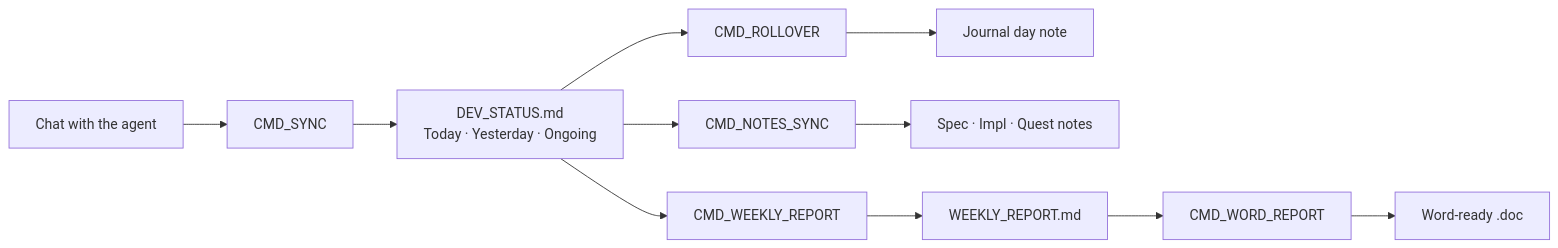
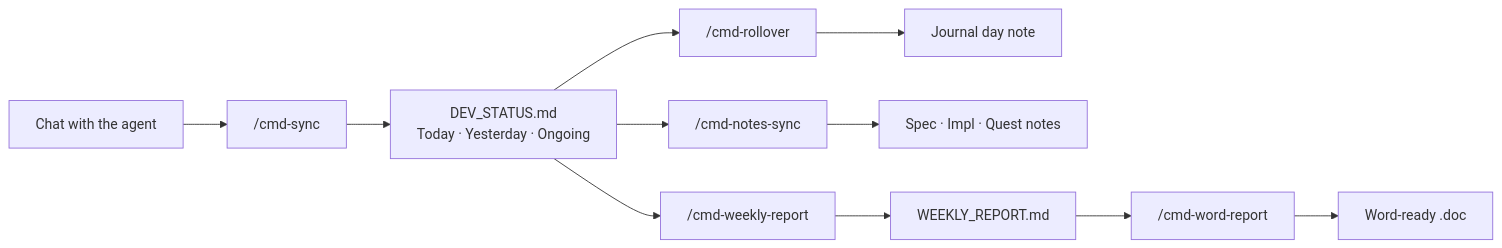
The second of 6 diagrams in README.md (zelvet-velvet/agent-worklog-vault), drawn with Mermaid before and after one commit. The commit also changed other lines of this file and 16 other files, not shown here.

````diff
--- a/README.md
+++ b/README.md
@@ -48,7 +48,7 @@
 ```mermaid
 flowchart LR
-    C[Chat with the agent] --> SY[CMD_SYNC] --> S["DEV_STATUS.md<br/>Today · Yesterday · Ongoing"]
-    S --> RO[CMD_ROLLOVER] --> J[Journal day note]
-    S --> NS[CMD_NOTES_SYNC] --> N[Spec · Impl · Quest notes]
-    S --> WR[CMD_WEEKLY_REPORT] --> R[WEEKLY_REPORT.md] --> WO[CMD_WORD_REPORT] --> D[Word-ready .doc]
+    C[Chat with the agent] --> SY["/cmd-sync"] --> S["DEV_STATUS.md<br/>Today · Yesterday · Ongoing"]
+    S --> RO["/cmd-rollover"] --> J[Journal day note]
+    S --> NS["/cmd-notes-sync"] --> N[Spec · Impl · Quest notes]
+    S --> WR["/cmd-weekly-report"] --> R[WEEKLY_REPORT.md] --> WO["/cmd-word-report"] --> D[Word-ready .doc]
 ```
````
